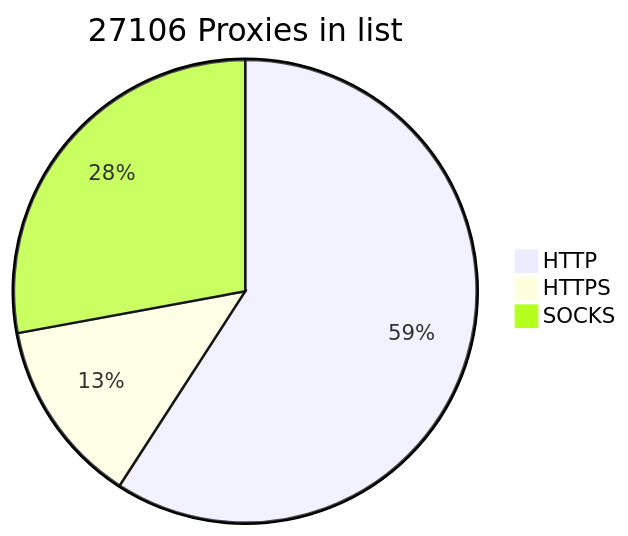
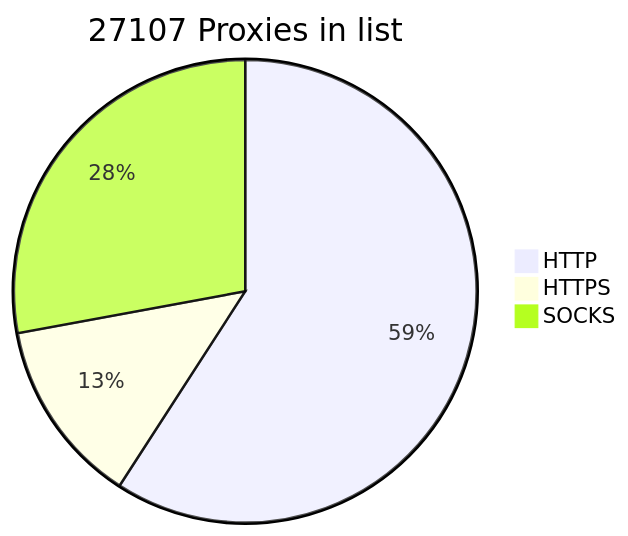
One commit to BlackSnowDot/proxylist-update-every-minute changed the diagram in README.md. Above: the diagram before and after it, drawn with Mermaid.

````diff
--- a/README.md
+++ b/README.md
@@ -2,6 +2,6 @@
 ```mermaid
-pie title 27106 Proxies in list
+pie title 27107 Proxies in list
     "HTTP" : 17667
     "HTTPS": 3874
-    "SOCKS" : 8335
+    "SOCKS" : 8336
 ```
````
